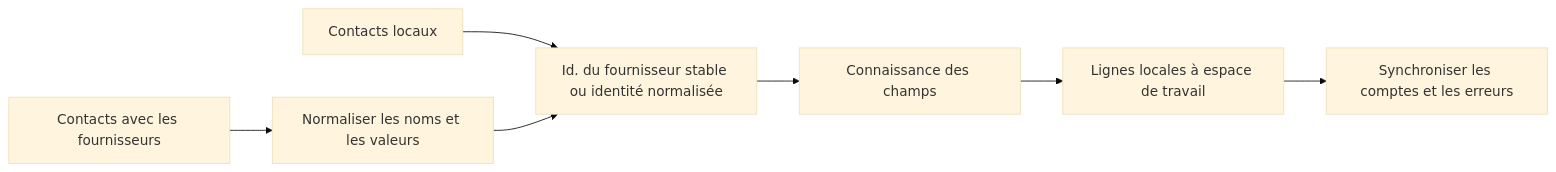
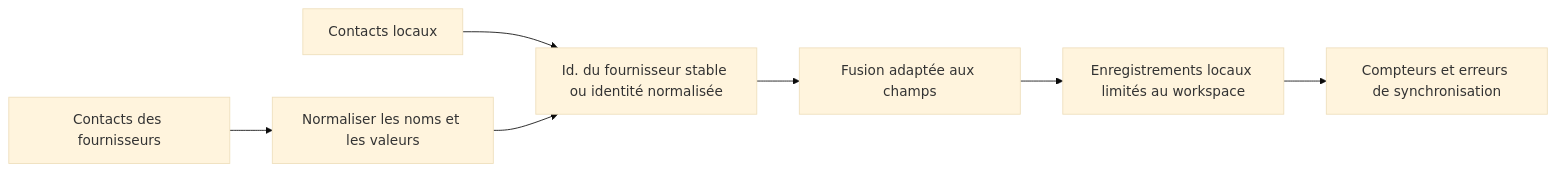
One commit to ismigar/Gnosi changed the diagram in docs/engineering-fr/domains/contacts.md. Above: the diagram before and after it, drawn with Mermaid (base theme). The commit also changed other lines of this file and 96 other files, not shown here.

````diff
--- a/docs/engineering-fr/domains/contacts.md
+++ b/docs/engineering-fr/domains/contacts.md
@@ -40,9 +57,9 @@
 ```mermaid
 flowchart LR
-    Remote["Contacts avec les fournisseurs"] --> Normalize["Normaliser les noms et les valeurs"]
+    Remote["Contacts des fournisseurs"] --> Normalize["Normaliser les noms et les valeurs"]
     Local["Contacts locaux"] --> Match["Id. du fournisseur stable ou identité normalisée"]
     Normalize --> Match
-    Match --> Merge["Connaissance des champs"]
-    Merge --> Persist["Lignes locales à espace de travail"]
-    Persist --> Status["Synchroniser les comptes et les erreurs"]
+    Match --> Merge["Fusion adaptée aux champs"]
+    Merge --> Persist["Enregistrements locaux limités au workspace"]
+    Persist --> Status["Compteurs et erreurs de synchronisation"]
 ```
````
